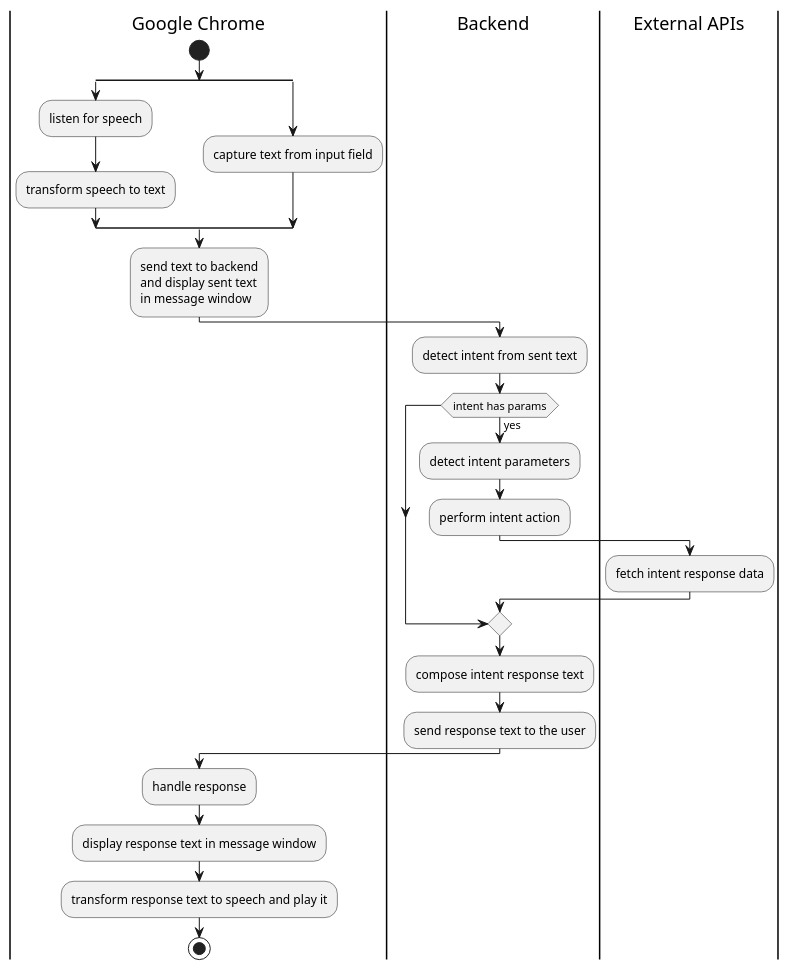
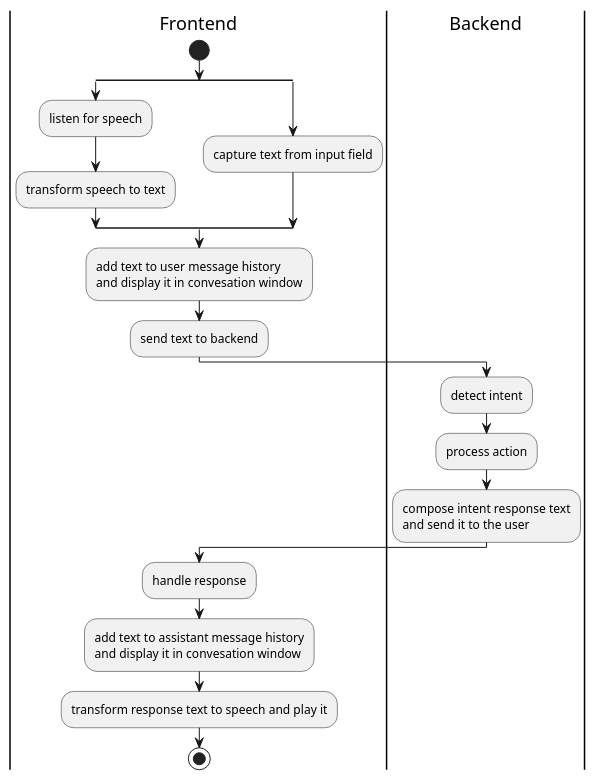
The diagram in docs/src/flow.puml (damiankoper/ciri), drawn with PlantUML before and after one commit.

Commit message:
docs: diagram update

```diff
--- a/docs/src/flow.puml
+++ b/docs/src/flow.puml
@@ -1,38 +1,29 @@
 @startuml flow
-|Google Chrome|
+|Frontend|
 start
 split
 :listen for speech;
 :transform speech to text;
 split again
 :capture text from input field;
 end split
-:send text to backend
-and display sent text
-in message window;
+:add text to user message history
+and display it in convesation window;
+:send text to backend;
 
 |Backend|
-:detect intent from sent text;
-if (intent has params) then (yes)
-:detect intent parameters;
+:detect intent;
+:process action;
+:compose intent response text
+and send it to the user;
 
-:perform intent action;
-
-|External APIs|
-:fetch intent response data;
-endif
-
-
-|Backend|
-:compose intent response text;
-:send response text to the user;
-
-|Google Chrome|
+|Frontend|
 :handle response;
-:display response text in message window;
+:add text to assistant message history
+and display it in convesation window;
 :transform response text to speech and play it;
 
 
 stop
 
 @enduml
```
